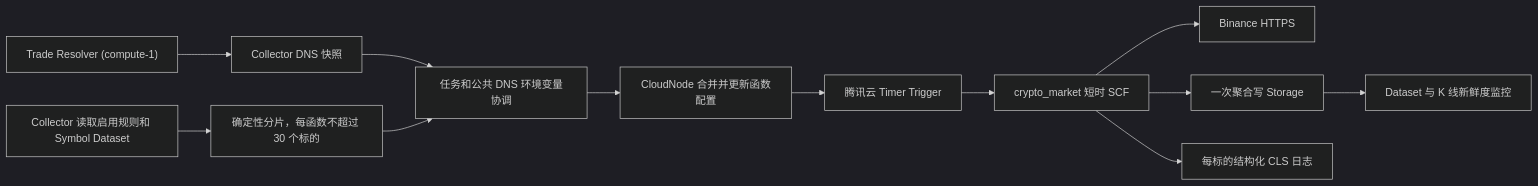
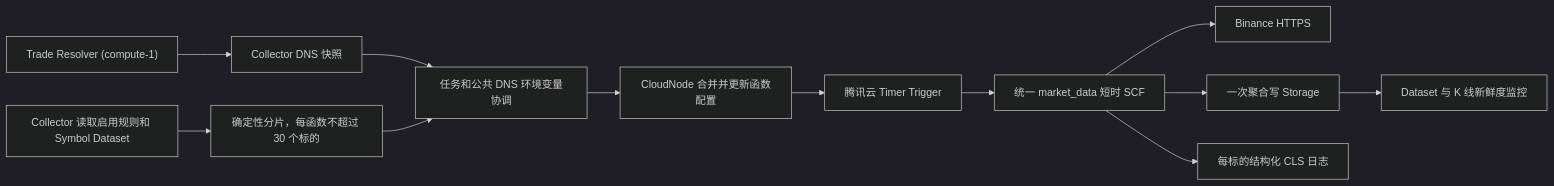
Before and after one commit to mooyang-code/moox: the diagram in docs/architecture/scf-short-lived-market-fetch.md, drawn with Mermaid (dark theme). The commit also changed other lines of this file and 187 other files, not shown here.

Commit message:
feat(collector): integrate market data providers and SCF runtime

````diff
--- a/docs/architecture/scf-short-lived-market-fetch.md
+++ b/docs/architecture/scf-short-lived-market-fetch.md
@@ -17,14 +17,14 @@
 ```mermaid
 flowchart LR
   Rule["Collector 读取启用规则和 Symbol Dataset"] --> Assign["确定性分片，每函数不超过 30 个标的"]
   TradeDNS["Trade Resolver (compute-1)"] --> DNS["Collector DNS 快照"]
   DNS --> Reconcile["任务和公共 DNS 环境变量协调"]
   Assign --> Reconcile
   Reconcile --> CloudNode["CloudNode 合并并更新函数配置"]
   CloudNode --> Timer["腾讯云 Timer Trigger"]
-  Timer --> SCF["crypto_market 短时 SCF"]
+  Timer --> SCF["统一 market_data 短时 SCF"]
   SCF --> Binance["Binance HTTPS"]
   SCF --> Storage["一次聚合写 Storage"]
   Storage --> Monitor["Dataset 与 K 线新鲜度监控"]
   SCF --> CLS["每标的结构化 CLS 日志"]
 ```
````
